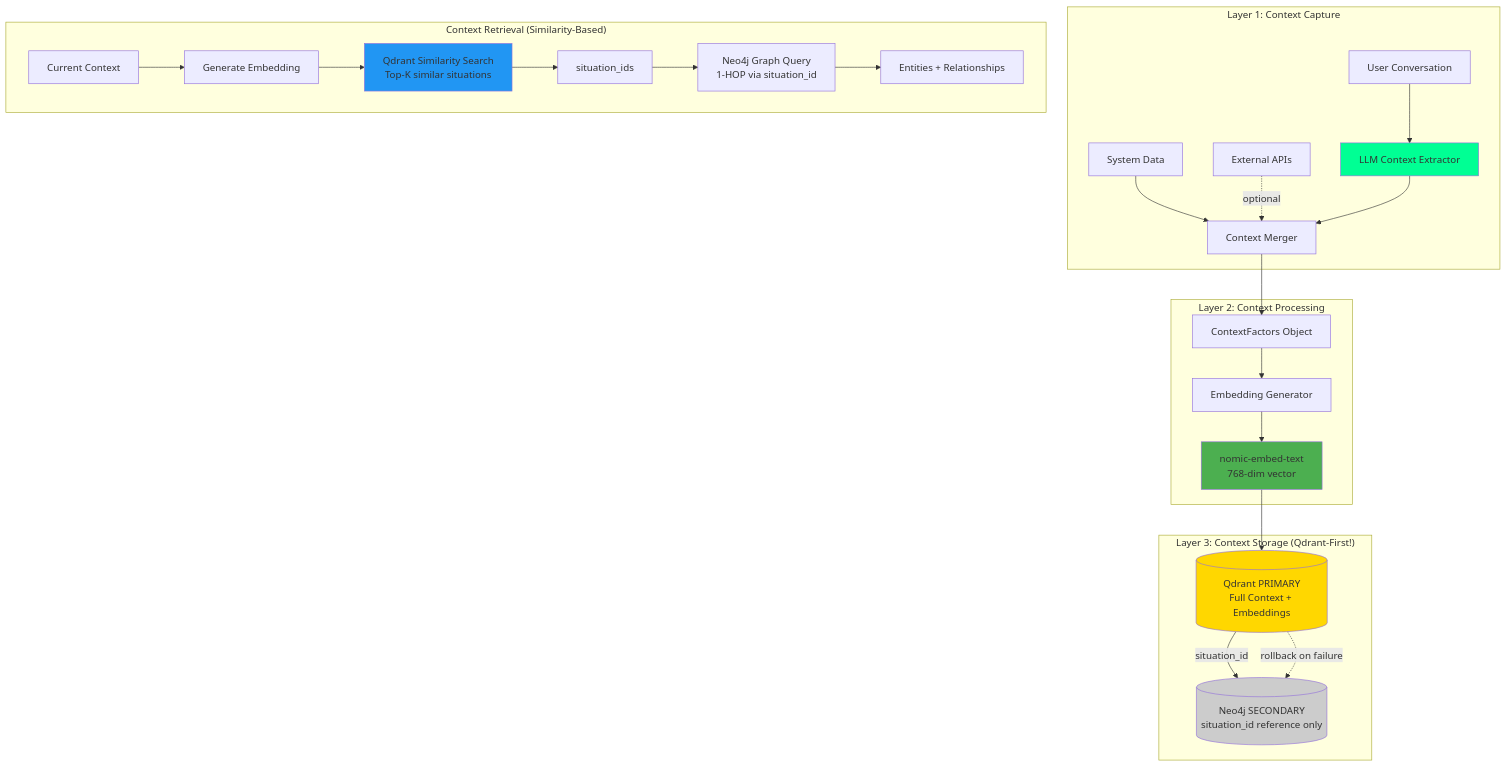
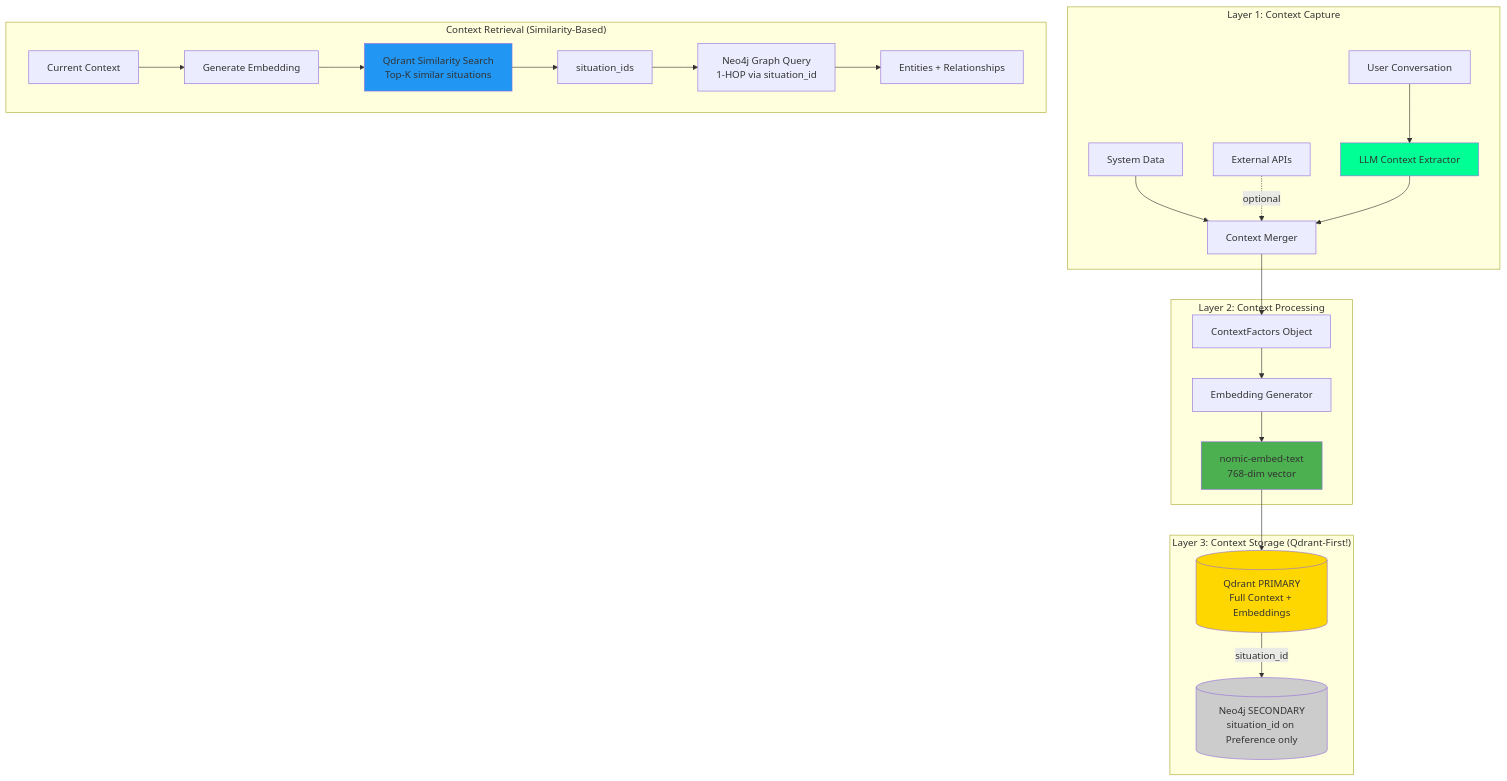
Before and after one commit to y-core-engineering/fidus: the diagram in docs/solution-architecture/14-situational-context.md, drawn with Mermaid. The commit also changed other lines of this file and 65 other files, not shown here.

````diff
--- a/docs/solution-architecture/14-situational-context.md
+++ b/docs/solution-architecture/14-situational-context.md
@@ -54,35 +54,34 @@
 ```mermaid
 graph TB
     subgraph "Layer 1: Context Capture"
         A[User Conversation] --> B[LLM Context Extractor]
         C[System Data] --> D[Context Merger]
         E[External APIs] -.optional.-> D
         B --> D
     end
 
     subgraph "Layer 2: Context Processing"
         D --> F[ContextFactors Object]
         F --> G[Embedding Generator]
         G --> H[nomic-embed-text<br/>768-dim vector]
     end
 
     subgraph "Layer 3: Context Storage (Qdrant-First!)"
         H --> J[(Qdrant PRIMARY<br/>Full Context + Embeddings)]
-        J -->|situation_id| I[(Neo4j SECONDARY<br/>situation_id reference only)]
-        J -.rollback on failure.-> I
+        J -->|situation_id| I[(Neo4j SECONDARY<br/>situation_id on Preference only)]
     end
 
     subgraph "Context Retrieval (Similarity-Based)"
         K[Current Context] --> L[Generate Embedding]
         L --> M[Qdrant Similarity Search<br/>Top-K similar situations]
         M --> N[situation_ids]
         N --> O[Neo4j Graph Query<br/>1-HOP via situation_id]
         O --> P[Entities + Relationships]
     end
 
     style B fill:#00ff94
     style H fill:#4caf50
     style J fill:#ffd700
     style M fill:#2196f3
     style I fill:#cccccc
 ```
````
